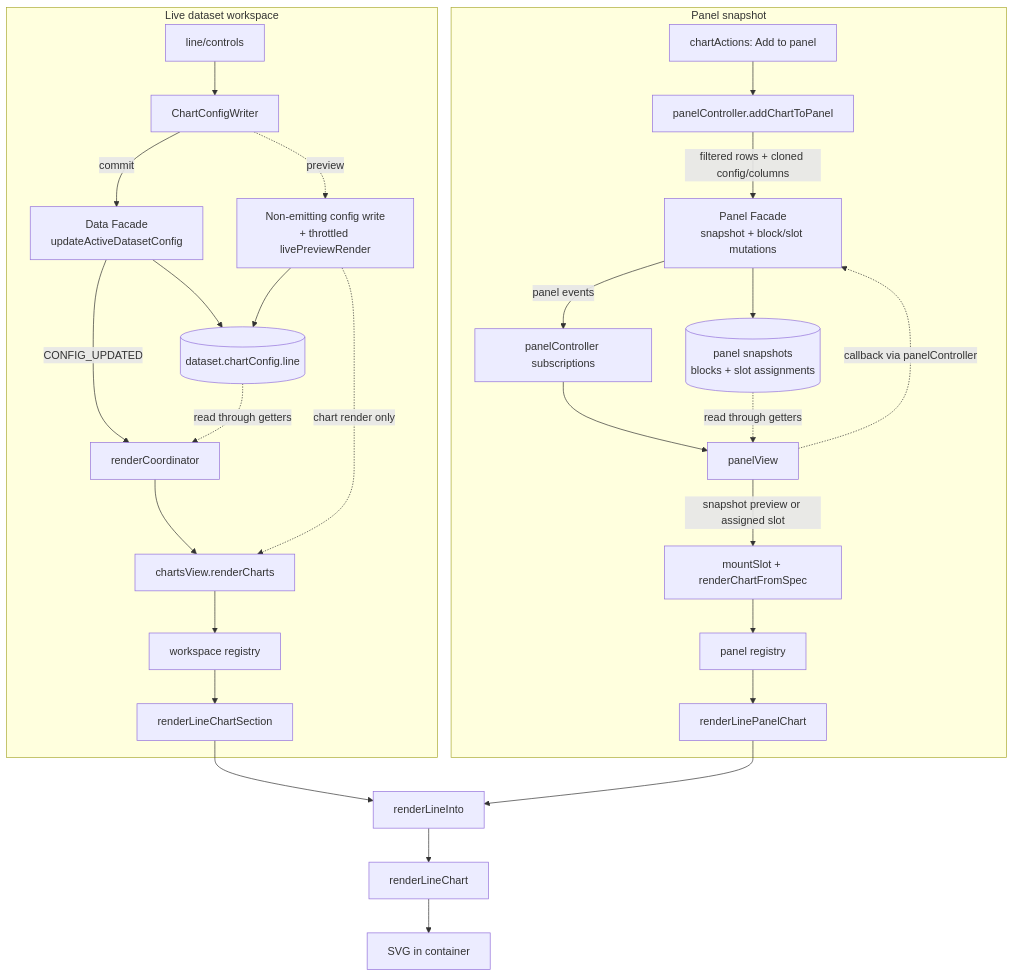
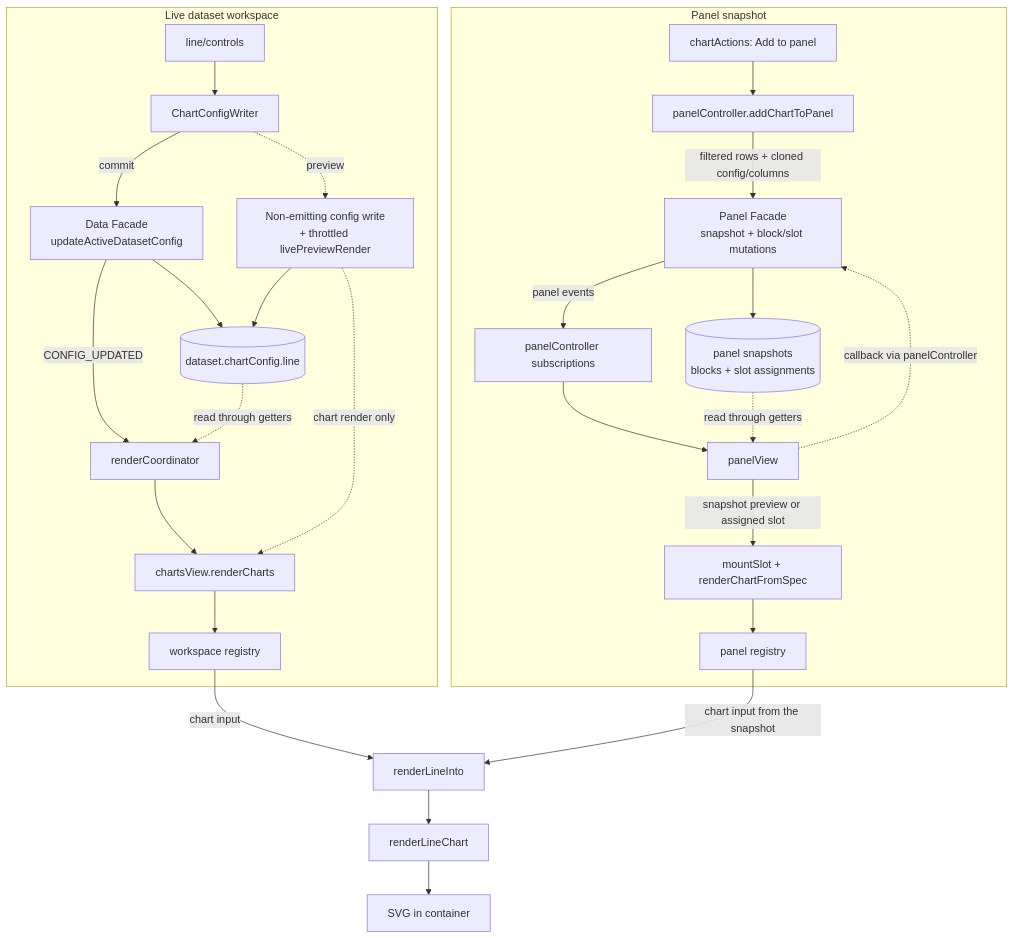
The diagram in docs/development/charts/line.md (GabrielInada/CHIVE), drawn with Mermaid before and after one commit. The commit also changed other lines of this file and 73 other files, not shown here.

````diff
--- a/docs/development/charts/line.md
+++ b/docs/development/charts/line.md
@@ -105,34 +103,32 @@
 ```mermaid
 flowchart TB
     subgraph LIVE["Live dataset workspace"]
         CONTROLS["line/controls"] --> WRITER["ChartConfigWriter"]
         WRITER -- commit --> DFACADE["Data Facade<br/>updateActiveDatasetConfig"]
         DFACADE --> DSTATE[("dataset.chartConfig.line")]
         DFACADE -- CONFIG_UPDATED --> COORD["renderCoordinator"]
         DSTATE -. read through getters .-> COORD
         WRITER -. preview .-> PREVIEW["Non-emitting config write<br/>+ throttled livePreviewRender"]
         PREVIEW --> DSTATE
         COORD --> CHARTSVIEW["chartsView.renderCharts"]
         PREVIEW -. chart render only .-> CHARTSVIEW
         CHARTSVIEW --> WREG["workspace registry"]
-        WREG --> WSECTION["renderLineChartSection"]
     end
 
     subgraph SAVED["Panel snapshot"]
         ACTION["chartActions: Add to panel"] --> PCAPTURE["panelController.addChartToPanel"]
         PCAPTURE -- filtered rows + cloned config/columns --> PFACADE["Panel Facade<br/>snapshot + block/slot mutations"]
         PFACADE --> PSTATE[("panel snapshots<br/>blocks + slot assignments")]
         PFACADE -- panel events --> PSUB["panelController subscriptions"]
         PSUB --> PVIEW["panelView"]
         PSTATE -. read through getters .-> PVIEW
         PVIEW -. callback via panelController .-> PFACADE
         PVIEW -- snapshot preview or assigned slot --> MOUNT["mountSlot + renderChartFromSpec"]
         MOUNT --> PREG["panel registry"]
-        PREG --> ADAPTER["renderLinePanelChart"]
     end
 
-    WSECTION --> PRESENT["renderLineInto"]
-    ADAPTER --> PRESENT
+    WREG -- chart input --> PRESENT["renderLineInto"]
+    PREG -- chart input from the snapshot --> PRESENT
     PRESENT --> RENDERER["renderLineChart"]
     RENDERER --> OUTPUT["SVG in container"]
 ```
````
